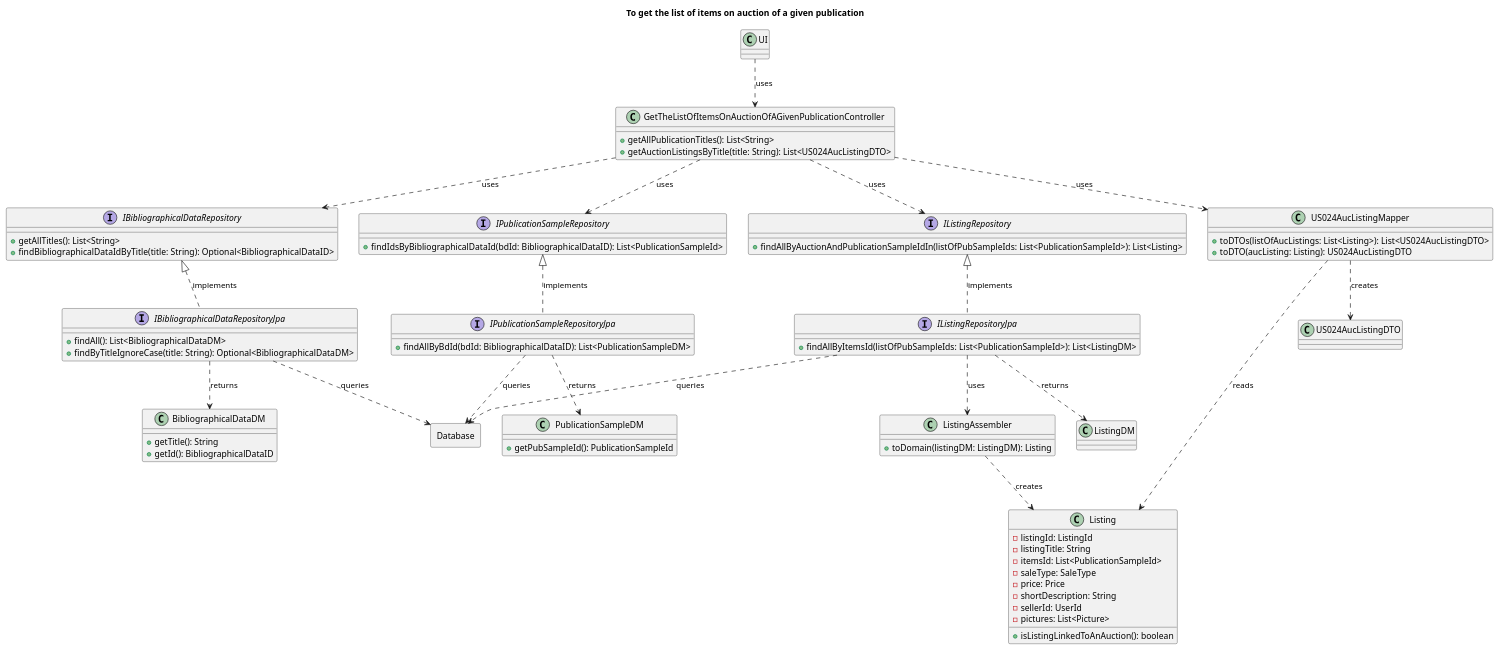
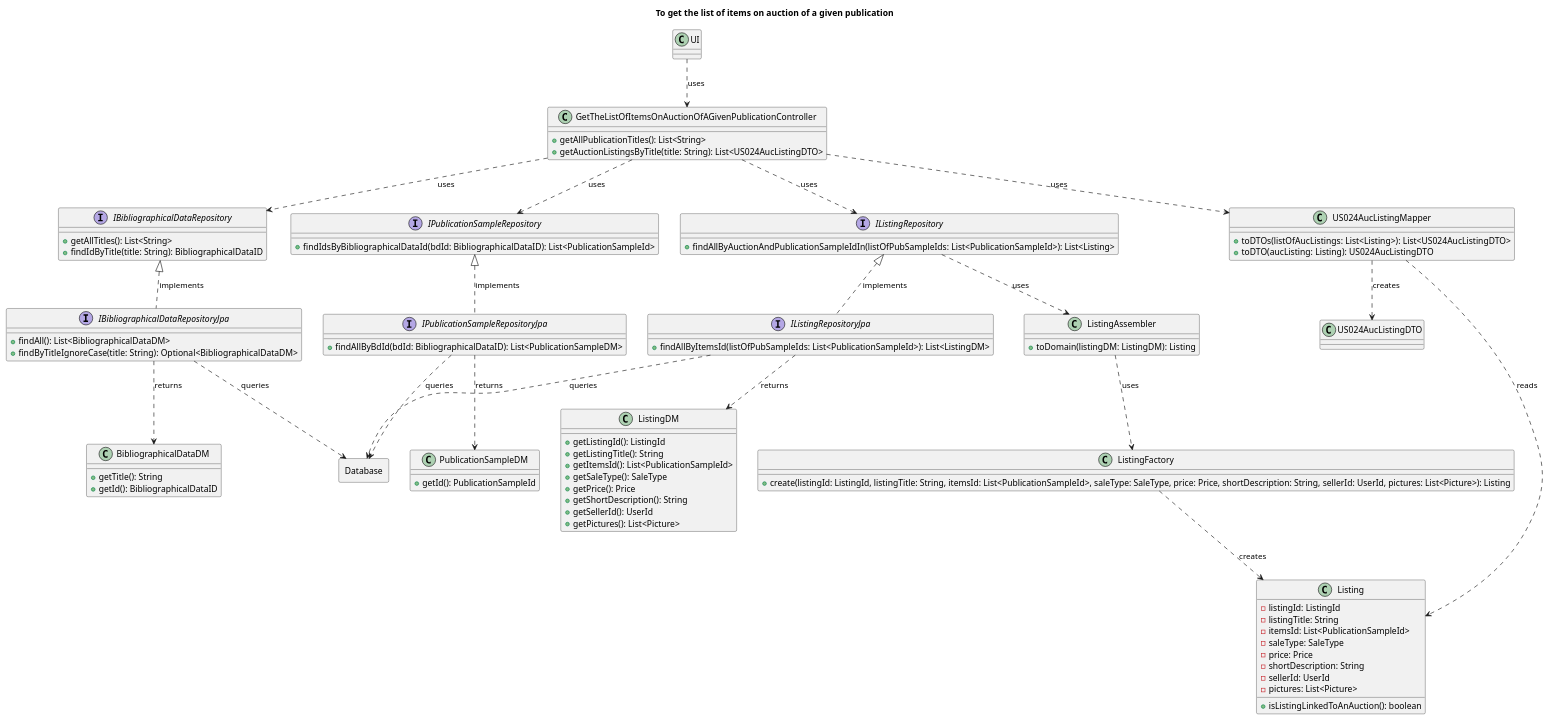
The diagram in Diagrams/ClassDiagrams/To-get-the-list-of-items-on-auction-of-a-given-publication.puml (AndrePereiraGitH/SWitCH-Project-Team_A), drawn with PlantUML before and after one commit. The commit also changed 6 other files, not shown here.

Commit message:
refactor #699: update SD and CD for auction listing by publication functionality

```diff
--- a/Diagrams/ClassDiagrams/To-get-the-list-of-items-on-auction-of-a-given-publication.puml
+++ b/Diagrams/ClassDiagrams/To-get-the-list-of-items-on-auction-of-a-given-publication.puml
@@ -1,109 +1,122 @@
 @startuml
 
 title To get the list of items on auction of a given publication
 
 ' ── UI Layer ───────────────────────────────────────────────
 class UI {
 }
 
 ' ── Application Layer ──────────────────────────────────────
 class GetTheListOfItemsOnAuctionOfAGivenPublicationController {
   +getAllPublicationTitles(): List<String>
   +getAuctionListingsByTitle(title: String): List<US024AucListingDTO>
 }
 
 class US024AucListingMapper {
   +toDTOs(listOfAucListings: List<Listing>): List<US024AucListingDTO>
   +toDTO(aucListing: Listing): US024AucListingDTO
 }
 
 class US024AucListingDTO {
 }
 
 ' ── Domain Layer ───────────────────────────────────────────
 interface IBibliographicalDataRepository {
   +getAllTitles(): List<String>
-  +findBibliographicalDataIdByTitle(title: String): Optional<BibliographicalDataID>
+  +findIdByTitle(title: String): BibliographicalDataID
 }
 
 interface IPublicationSampleRepository {
   +findIdsByBibliographicalDataId(bdId: BibliographicalDataID): List<PublicationSampleId>
 }
 
 interface IListingRepository {
   +findAllByAuctionAndPublicationSampleIdIn(listOfPubSampleIds: List<PublicationSampleId>): List<Listing>
 }
 
 class Listing {
   -listingId: ListingId
   -listingTitle: String
   -itemsId: List<PublicationSampleId>
   -saleType: SaleType
   -price: Price
   -shortDescription: String
   -sellerId: UserId
   -pictures: List<Picture>
   +isListingLinkedToAnAuction(): boolean
 }
 
 ' ── Infrastructure Layer ───────────────────────────────────
 interface IBibliographicalDataRepositoryJpa {
   +findAll(): List<BibliographicalDataDM>
   +findByTitleIgnoreCase(title: String): Optional<BibliographicalDataDM>
 }
 
 interface IPublicationSampleRepositoryJpa {
   +findAllByBdId(bdId: BibliographicalDataID): List<PublicationSampleDM>
 }
 
 interface IListingRepositoryJpa {
   +findAllByItemsId(listOfPubSampleIds: List<PublicationSampleId>): List<ListingDM>
 }
 
 class ListingAssembler {
   +toDomain(listingDM: ListingDM): Listing
 }
 
+class ListingFactory {
+  +create(listingId: ListingId, listingTitle: String, itemsId: List<PublicationSampleId>, saleType: SaleType, price: Price, shortDescription: String, sellerId: UserId, pictures: List<Picture>): Listing
+}
+
 class BibliographicalDataDM {
   +getTitle(): String
   +getId(): BibliographicalDataID
 }
 
 class PublicationSampleDM {
-  +getPubSampleId(): PublicationSampleId
+  +getId(): PublicationSampleId
 }
 
 class ListingDM {
+  +getListingId(): ListingId
+  +getListingTitle(): String
+  +getItemsId(): List<PublicationSampleId>
+  +getSaleType(): SaleType
+  +getPrice(): Price
+  +getShortDescription(): String
+  +getSellerId(): UserId
+  +getPictures(): List<Picture>
 }
 
 rectangle Database {
 }
 
 ' ── Relationships ──────────────────────────────────────────
 
 UI ..> GetTheListOfItemsOnAuctionOfAGivenPublicationController : uses
 
 GetTheListOfItemsOnAuctionOfAGivenPublicationController ..> IBibliographicalDataRepository : uses
 GetTheListOfItemsOnAuctionOfAGivenPublicationController ..> IPublicationSampleRepository : uses
 GetTheListOfItemsOnAuctionOfAGivenPublicationController ..> IListingRepository : uses
 GetTheListOfItemsOnAuctionOfAGivenPublicationController ..> US024AucListingMapper : uses
 
 IBibliographicalDataRepository <|.. IBibliographicalDataRepositoryJpa : implements
 IPublicationSampleRepository <|.. IPublicationSampleRepositoryJpa : implements
 IListingRepository <|.. IListingRepositoryJpa : implements
 
 IBibliographicalDataRepositoryJpa ..> BibliographicalDataDM : returns
 IPublicationSampleRepositoryJpa ..> PublicationSampleDM : returns
 IListingRepositoryJpa ..> ListingDM : returns
 
-IListingRepositoryJpa ..> ListingAssembler : uses
-ListingAssembler ..> Listing : creates
+IListingRepository ..> ListingAssembler : uses
+ListingAssembler ..> ListingFactory : uses
+ListingFactory ..> Listing : creates
 
 IBibliographicalDataRepositoryJpa ..> Database : queries
 IPublicationSampleRepositoryJpa ..> Database : queries
 IListingRepositoryJpa ..> Database : queries
 
 US024AucListingMapper ..> Listing : reads
 US024AucListingMapper ..> US024AucListingDTO : creates
 
 @enduml
```
